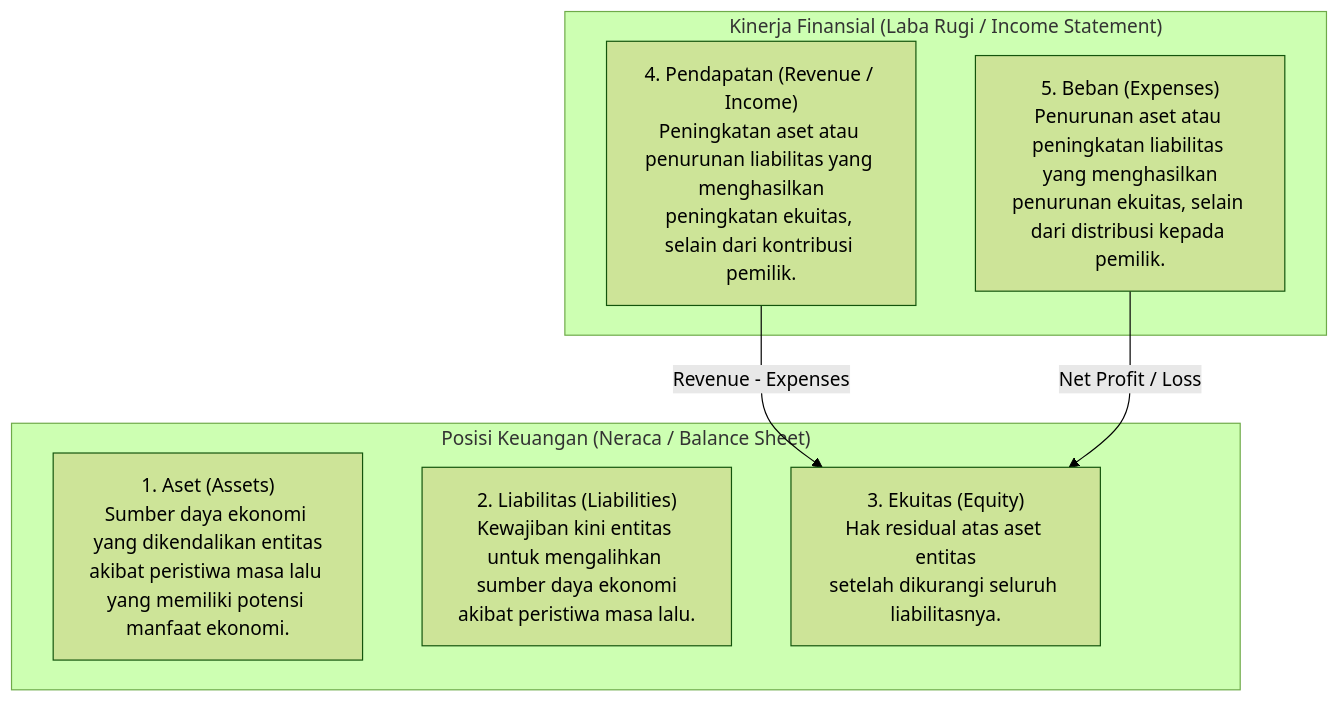
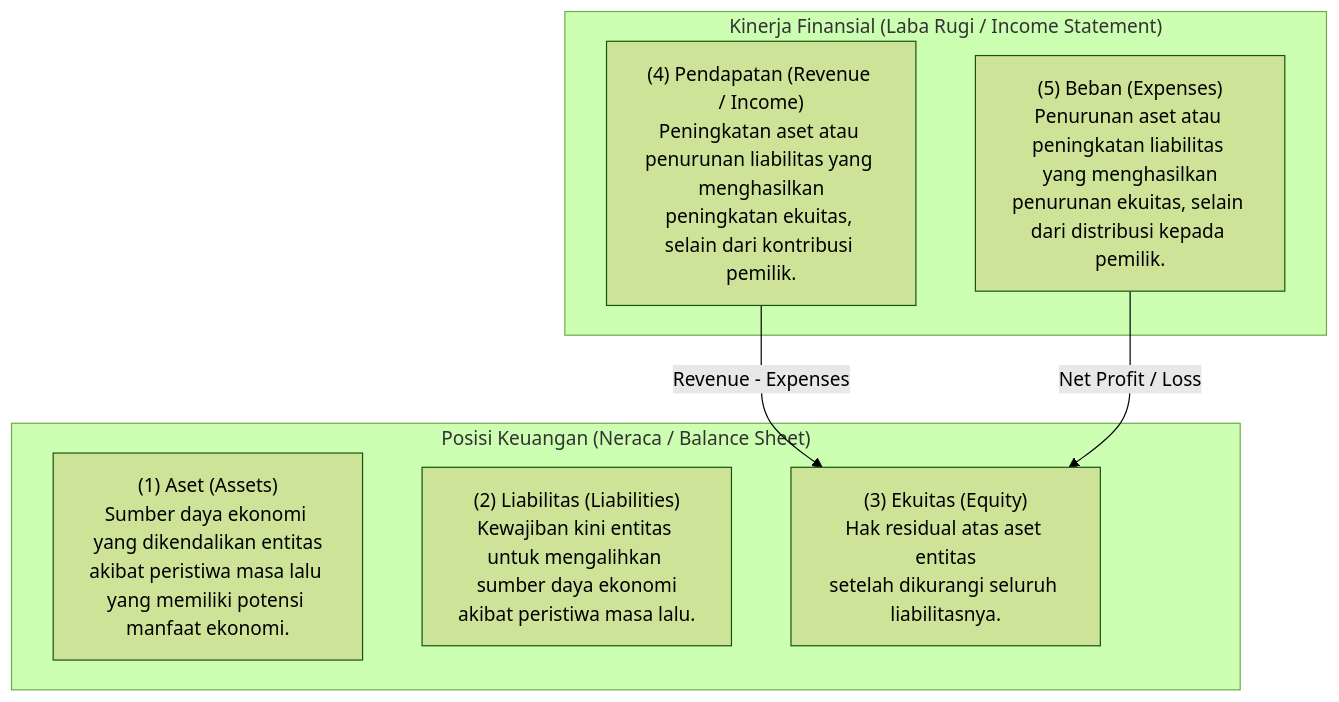
Before and after one commit to alimurrofid/erp-notes: the first of 2 diagrams in content/02-accounting/accounting-fundamentals.md, drawn with Mermaid (forest theme). The commit also changed other lines of this file and 132 other files, not shown here.

````diff
--- a/content/02-accounting/accounting-fundamentals.md
+++ b/content/02-accounting/accounting-fundamentals.md
@@ -44,16 +44,16 @@
 ```mermaid
 flowchart TD
     subgraph BalanceSheetElements["Posisi Keuangan (Neraca / Balance Sheet)"]
-        Asset["1. Aset (Assets)<br/>Sumber daya ekonomi yang dikendalikan entitas<br/>akibat peristiwa masa lalu yang memiliki potensi manfaat ekonomi."]
-        Liab["2. Liabilitas (Liabilities)<br/>Kewajiban kini entitas untuk mengalihkan sumber daya ekonomi<br/>akibat peristiwa masa lalu."]
-        Eq["3. Ekuitas (Equity)<br/>Hak residual atas aset entitas<br/>setelah dikurangi seluruh liabilitasnya."]
+        Asset["(1) Aset (Assets)<br/>Sumber daya ekonomi yang dikendalikan entitas<br/>akibat peristiwa masa lalu yang memiliki potensi manfaat ekonomi."]
+        Liab["(2) Liabilitas (Liabilities)<br/>Kewajiban kini entitas untuk mengalihkan sumber daya ekonomi<br/>akibat peristiwa masa lalu."]
+        Eq["(3) Ekuitas (Equity)<br/>Hak residual atas aset entitas<br/>setelah dikurangi seluruh liabilitasnya."]
     end
 
     subgraph PL_Elements["Kinerja Finansial (Laba Rugi / Income Statement)"]
-        Rev["4. Pendapatan (Revenue / Income)<br/>Peningkatan aset atau penurunan liabilitas yang menghasilkan<br/>peningkatan ekuitas, selain dari kontribusi pemilik."]
-        Exp["5. Beban (Expenses)<br/>Penurunan aset atau peningkatan liabilitas yang menghasilkan<br/>penurunan ekuitas, selain dari distribusi kepada pemilik."]
+        Rev["(4) Pendapatan (Revenue / Income)<br/>Peningkatan aset atau penurunan liabilitas yang menghasilkan<br/>peningkatan ekuitas, selain dari kontribusi pemilik."]
+        Exp["(5) Beban (Expenses)<br/>Penurunan aset atau peningkatan liabilitas yang menghasilkan<br/>penurunan ekuitas, selain dari distribusi kepada pemilik."]
     end
 
     Rev -->|Revenue - Expenses| Eq
     Exp -->|Net Profit / Loss| Eq
 ```
````
